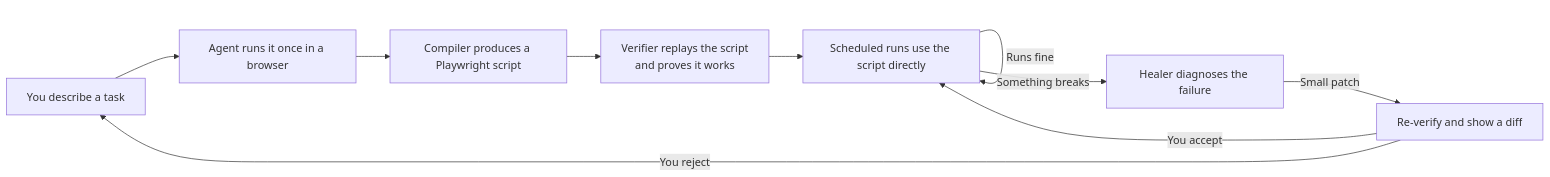
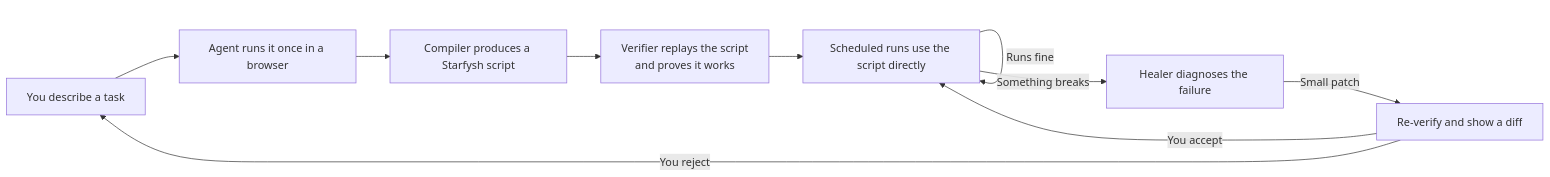
The diagram in README.md (76Trystan/starfysh), drawn with Mermaid before and after one commit. The commit also changed other lines of this file and 15 other files, not shown here.

Commit message:
Refactor: establish Starfysh as its own product, playwright compatible

````diff
--- a/README.md
+++ b/README.md
@@ -23,12 +25,12 @@
 ```mermaid
 flowchart LR
     A[You describe a task] --> B[Agent runs it once in a browser]
-    B --> C[Compiler produces a Playwright script]
+    B --> C[Compiler produces a Starfysh script]
     C --> D[Verifier replays the script<br/>and proves it works]
     D --> E[Scheduled runs use the script directly]
     E -->|Runs fine| E
     E -->|Something breaks| F[Healer diagnoses the failure]
     F -->|Small patch| G[Re-verify and show a diff]
     G -->|You accept| E
     G -->|You reject| A
 ```
````
